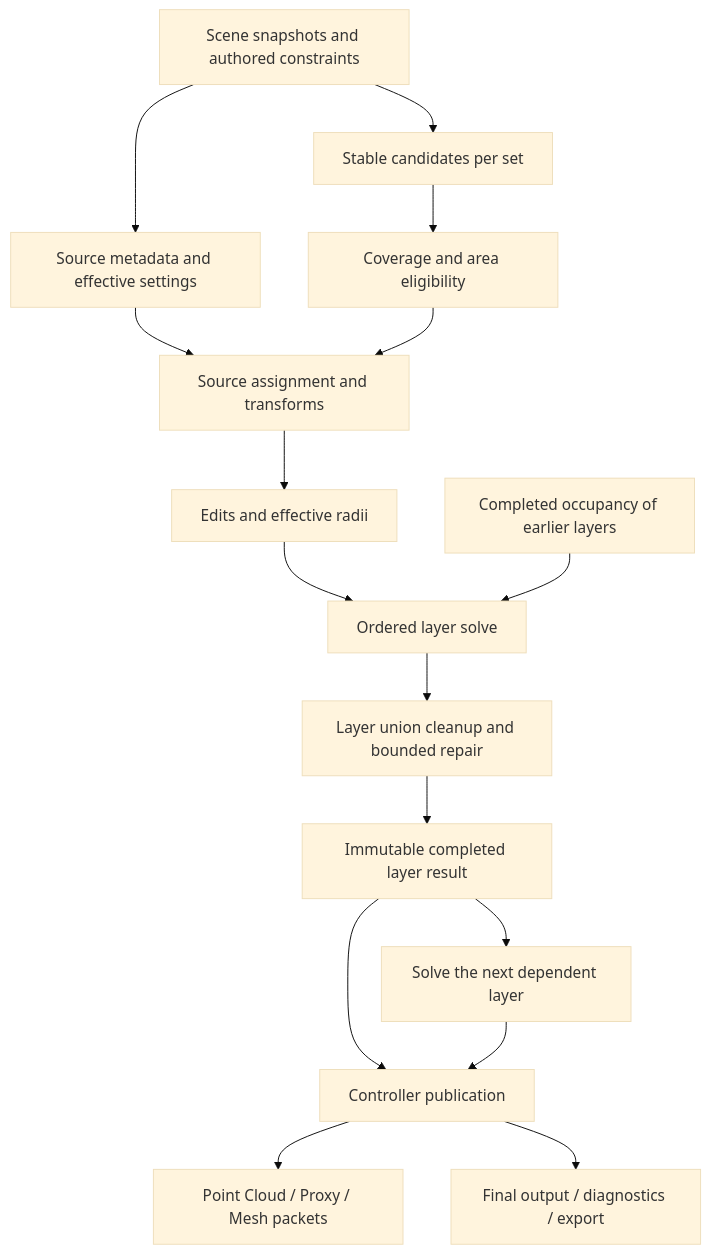
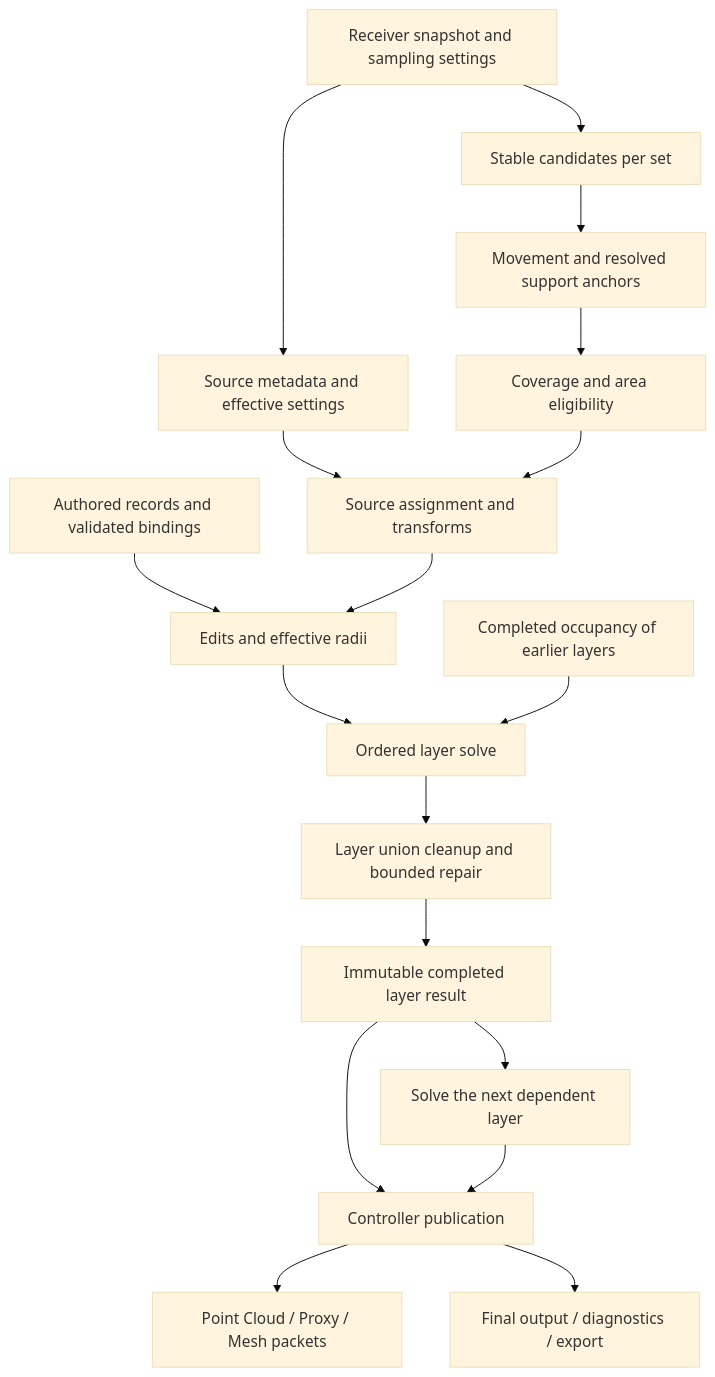
One commit to MehranCyrus/Cyrus-Scatter changed the diagram in docs/Procedural_Evaluation_2026-10-04/02_PROCEDURAL_PIPELINE.md. Above: the diagram before and after it, drawn with Mermaid (base theme). The commit also changed other lines of this file and 385 other files, not shown here.

````diff
--- a/docs/Procedural_Evaluation_2026-10-04/02_PROCEDURAL_PIPELINE.md
+++ b/docs/Procedural_Evaluation_2026-10-04/02_PROCEDURAL_PIPELINE.md
@@ -9,18 +9,20 @@
 ```mermaid
 flowchart TD
-  A[Scene snapshots and authored constraints] --> B[Stable candidates per set]
+  A[Receiver snapshot and sampling settings] --> B[Stable candidates per set]
   A --> C[Source metadata and effective settings]
-  B --> D[Coverage and area eligibility]
+  B --> P[Movement and resolved support anchors]
+  P --> D[Coverage and area eligibility]
   C --> E[Source assignment and transforms]
   D --> E
+  Q[Authored records and validated bindings] --> F
   E --> F[Edits and effective radii]
   F --> G[Ordered layer solve]
   H[Completed occupancy of earlier layers] --> G
   G --> I[Layer union cleanup and bounded repair]
   I --> J[Immutable completed layer result]
   J --> N[Solve the next dependent layer]
   J --> K[Controller publication]
   N --> K
   K --> L[Point Cloud / Proxy / Mesh packets]
   K --> M[Final output / diagnostics / export]
 ```
````
